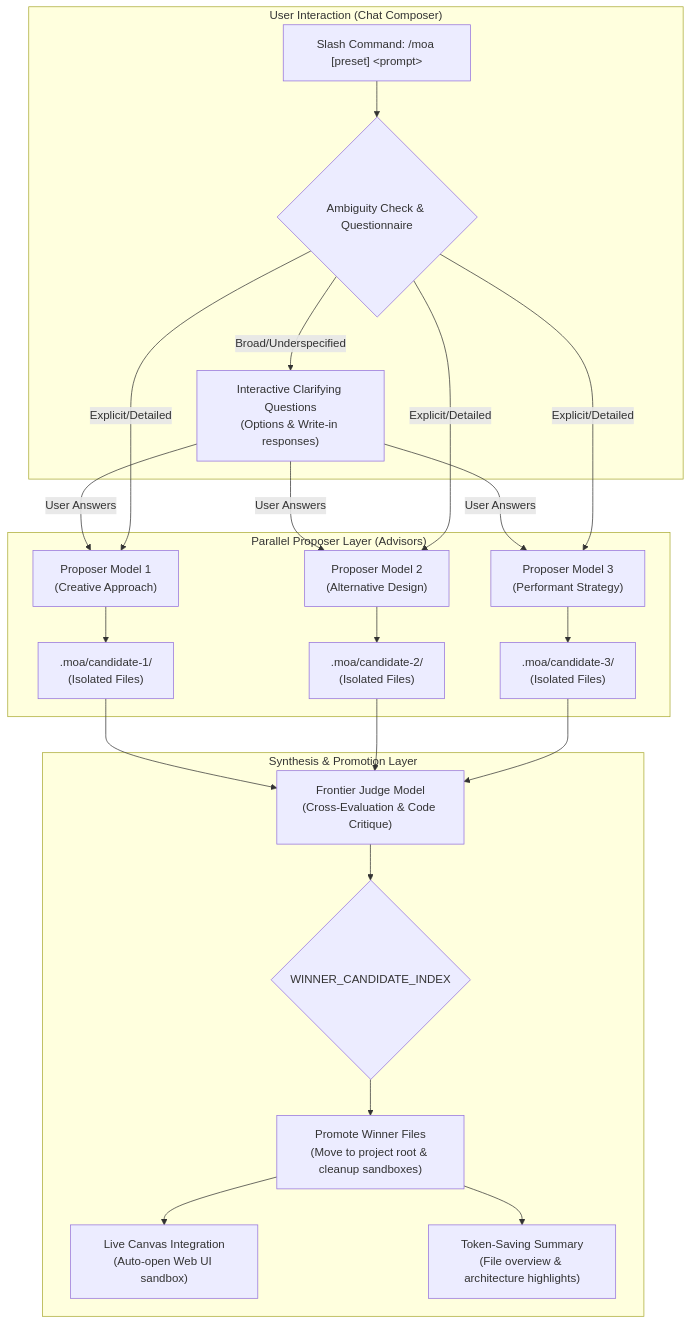
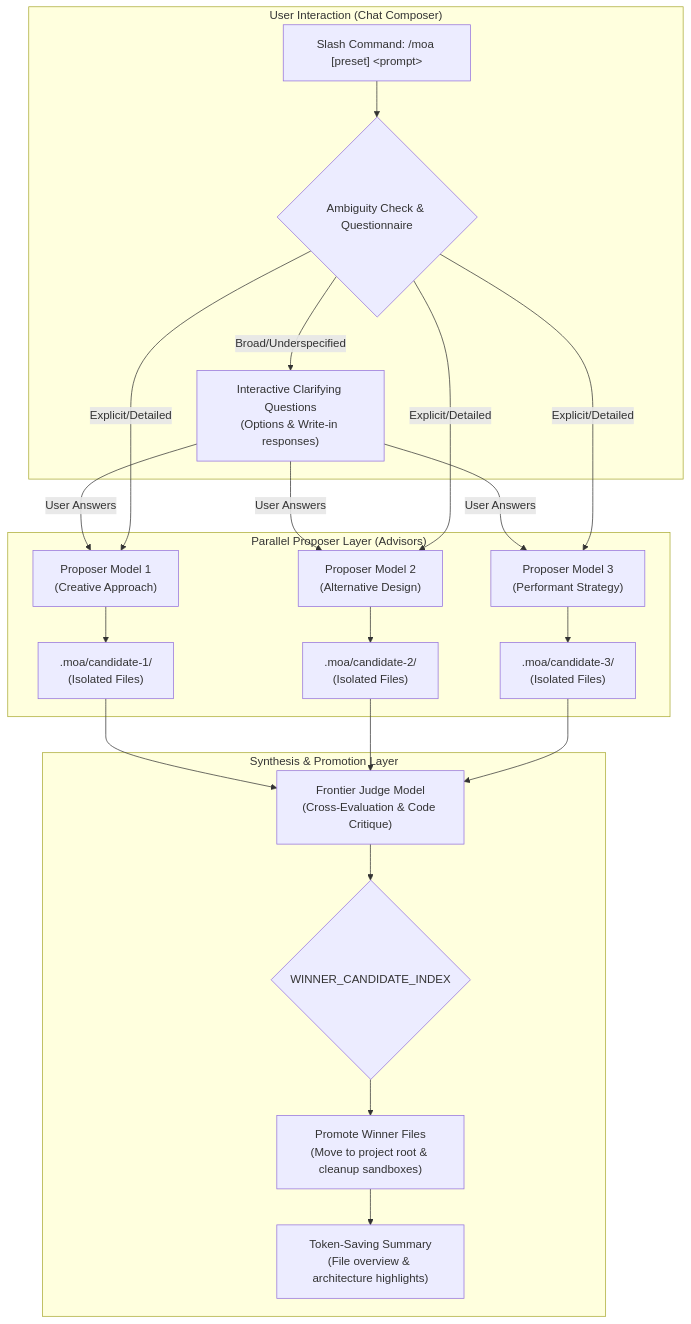
The diagram in README.md (GooDAnDReaDY/dsh-moa), drawn with Mermaid before and after one commit. The commit also changed other lines of this file and 5 other files, not shown here.

First line of the commit message:
docs: align READMEx3, DESIGN and AGENTS with the actual schema and behavior

````diff
--- a/README.md
+++ b/README.md
@@ -49,38 +48,36 @@
 ```mermaid
 graph TD
     subgraph Input ["User Interaction (Chat Composer)"]
         Cmd["Slash Command: /moa [preset] &lt;prompt&gt;"]
         Gate{"Ambiguity Check & Questionnaire"}
         QModal["Interactive Clarifying Questions<br/>(Options & Write-in responses)"]
     end
 
     subgraph Proposers ["Parallel Proposer Layer (Advisors)"]
         P1["Proposer Model 1<br/>(Creative Approach)"]
         P2["Proposer Model 2<br/>(Alternative Design)"]
         P3["Proposer Model 3<br/>(Performant Strategy)"]
         WS1[".moa/candidate-1/<br/>(Isolated Files)"]
         WS2[".moa/candidate-2/<br/>(Isolated Files)"]
         WS3[".moa/candidate-3/<br/>(Isolated Files)"]
     end
 
     subgraph Judge ["Synthesis & Promotion Layer"]
         Aggregator["Frontier Judge Model<br/>(Cross-Evaluation & Code Critique)"]
         WinnerMarker{"WINNER_CANDIDATE_INDEX"}
         Promote["Promote Winner Files<br/>(Move to project root & cleanup sandboxes)"]
-        LiveCanvas["Live Canvas Integration<br/>(Auto-open Web UI sandbox)"]
         Summary["Token-Saving Summary<br/>(File overview & architecture highlights)"]
     end
 
     Cmd --> Gate
     Gate -->|Broad/Underspecified| QModal
     QModal -->|User Answers| P1 & P2 & P3
     Gate -->|Explicit/Detailed| P1 & P2 & P3
     P1 --> WS1
     P2 --> WS2
     P3 --> WS3
     WS1 & WS2 & WS3 --> Aggregator
     Aggregator --> WinnerMarker
     WinnerMarker --> Promote
-    Promote --> LiveCanvas
     Promote --> Summary
 ```
````
